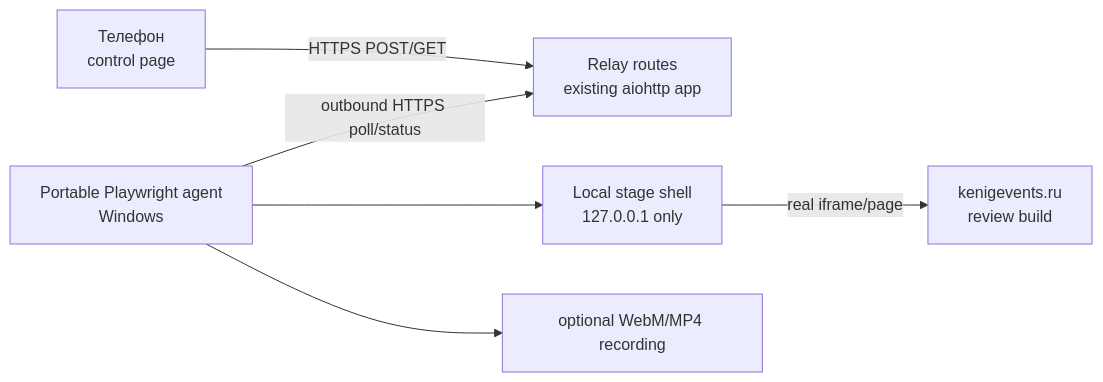
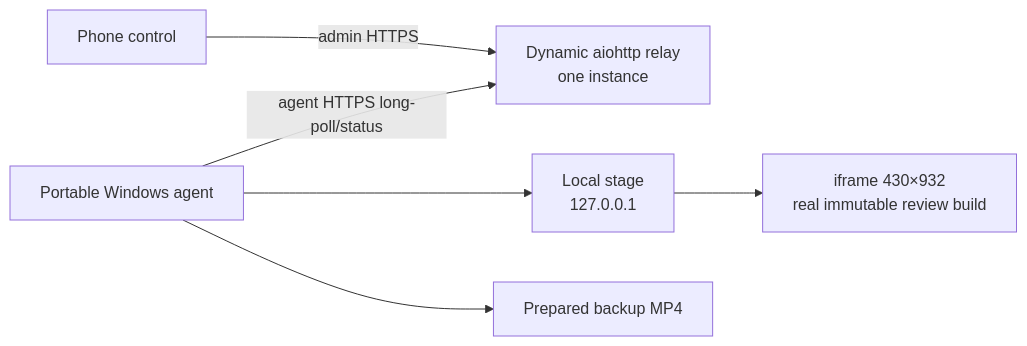
Before and after one commit to onedayonemasterpiece/events-bot-new: the diagram in docs/features/static-site-pages/auto-present/README.md, drawn with Mermaid. The commit also changed other lines of this file and 6 other files, not shown here.

````diff
--- a/docs/features/static-site-pages/auto-present/README.md
+++ b/docs/features/static-site-pages/auto-present/README.md
@@ -67,8 +64,8 @@
 ```mermaid
 flowchart LR
-  P[Телефон<br/>control page] -->|HTTPS POST/GET| R[Relay routes<br/>existing aiohttp app]
-  A[Portable Playwright agent<br/>Windows] -->|outbound HTTPS poll/status| R
-  A --> S[Local stage shell<br/>127.0.0.1 only]
-  S -->|real iframe/page| K[kenigevents.ru<br/>review build]
-  A --> V[optional WebM/MP4 recording]
+  P[Phone control] -->|admin HTTPS| R[Dynamic aiohttp relay<br/>one instance]
+  A[Portable Windows agent] -->|agent HTTPS long-poll/status| R
+  A --> S[Local stage<br/>127.0.0.1]
+  S --> F[iframe 430×932<br/>real immutable review build]
+  A --> B[Prepared backup MP4]
 ```
````
